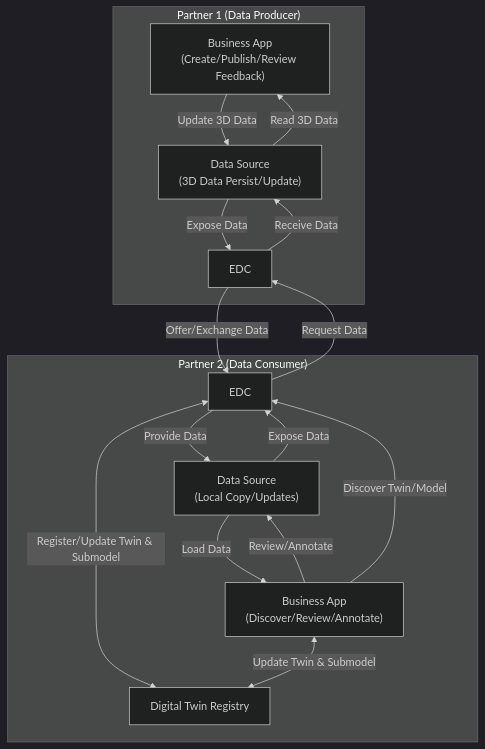
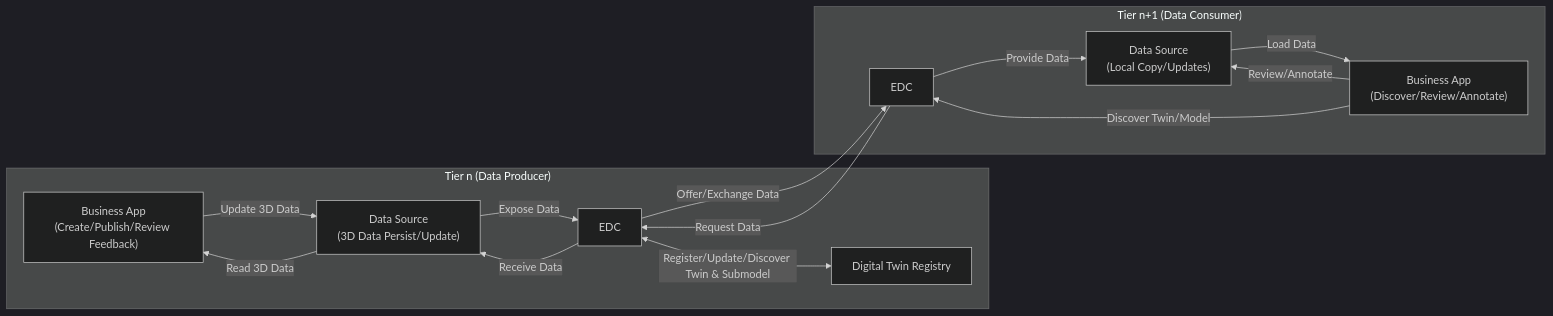
Before and after one commit to MartinEnders/eclipse-tractusx.github.io: the second of 3 diagrams in docs-kits/kits/geometry-kit/adoption-view.md, drawn with Mermaid (dark theme). The commit also changed other lines of this file, not shown here.

Commit message:
removed: unnessesary comments, fixed: Wording, Tier n, Diagrams; added: file type desc column to table

````diff
--- a/docs-kits/kits/geometry-kit/adoption-view.md
+++ b/docs-kits/kits/geometry-kit/adoption-view.md
@@ -185,38 +112,39 @@
 ```mermaid
-flowchart TB
-    subgraph Partner1["Partner 1 (Data Producer)"]
+flowchart LR
+    subgraph Partner1["Tier n (Data Producer)"]
         P1APP["Business App<br/>(Create/Publish/Review Feedback)"]
 		P1DS["Data Source<br/>(3D Data Persist/Update)"]
         P1EDC["EDC"]
+    DTR["Digital Twin Registry"]
         
     end
 
-    subgraph Partner2["Partner 2 (Data Consumer)"]
+    subgraph Partner2["Tier n+1 (Data Consumer)"]
         P2APP["Business App<br/>(Discover/Review/Annotate)"]
 		P2DS["Data Source<br/>(Local Copy/Updates)"]
         P2EDC["EDC"]
-		DTR["Digital Twin Registry"]
-        
+  
     end
 
     
 
     %% Data Producer Flows
     P1APP -- "Update 3D Data" --> P1DS
 	P1DS -- "Read 3D Data" --> P1APP
     P1DS -- "Expose Data" --> P1EDC
 	P1EDC -- "Receive Data" --> P1DS
     P1EDC -- "Offer/Exchange Data" --> P2EDC
+    P1EDC <-- "Register/Update/Discover Twin & Submodel" --> DTR
 
     %% Data Consumer Flows
-	P2EDC <-- "Register/Update Twin & Submodel" --> DTR
+	
     P2EDC -- "Request Data" --> P1EDC
     P2EDC -- "Provide Data" --> P2DS
-    P2DS -- "Expose Data" --> P2EDC
+    
     P2DS -- "Load Data" --> P2APP
     P2APP -- "Review/Annotate" --> P2DS
-    P2APP <-- "Update Twin & Submodel" --> DTR
+    
 
     %% Discovery
     P2APP -- "Discover Twin/Model" --> P2EDC
 ```
````
